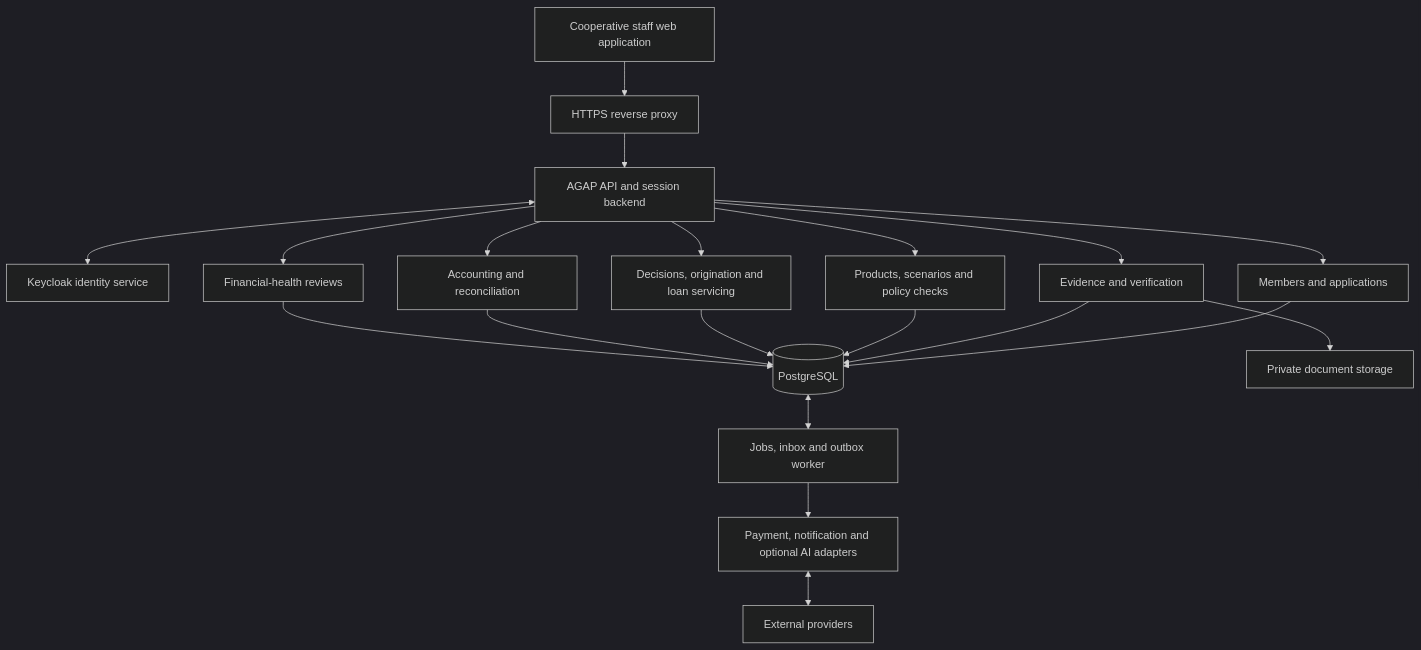
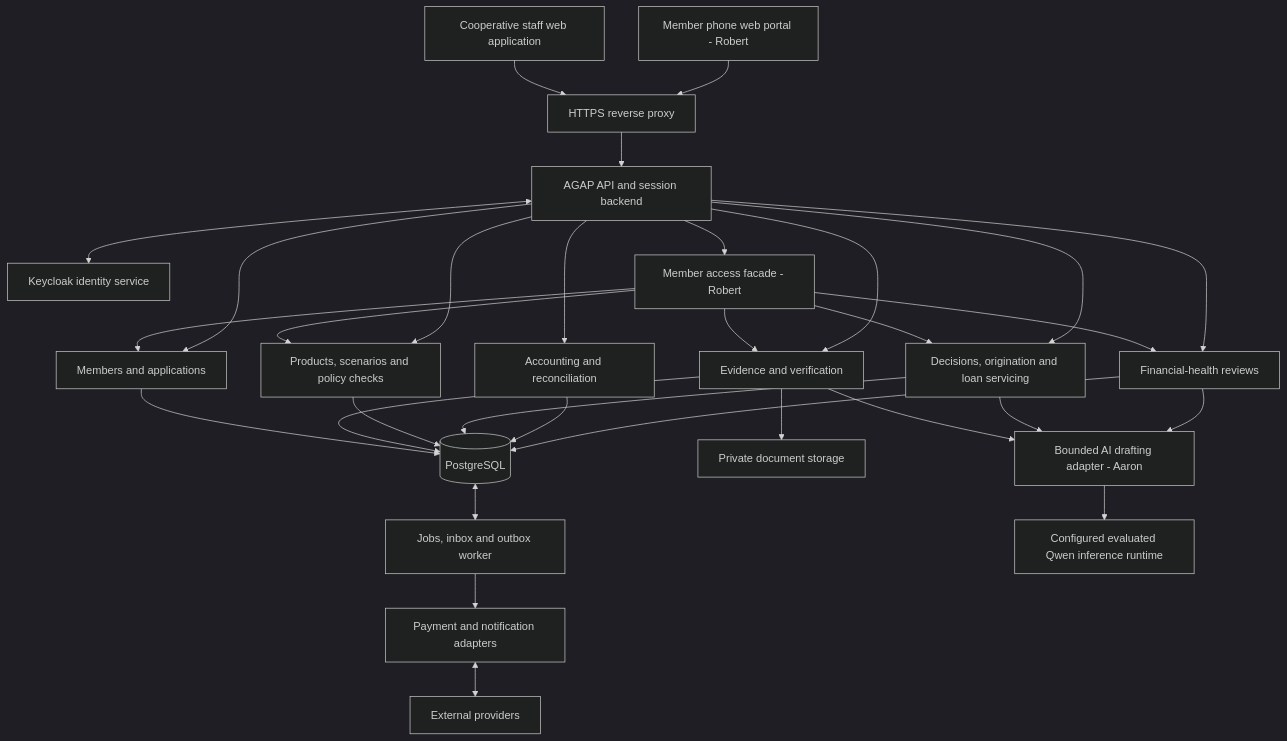
One commit to Aracena18/AGAP changed the first of 2 diagrams in docs/AGAP_Production_Architecture.md. Above: the diagram before and after it, drawn with Mermaid (dark theme). The commit also changed other lines of this file and 13 other files, not shown here.

````diff
--- a/docs/AGAP_Production_Architecture.md
+++ b/docs/AGAP_Production_Architecture.md
@@ -28,22 +32,33 @@
 ```mermaid
 flowchart TB
   Staff[Cooperative staff web application] --> Edge[HTTPS reverse proxy]
+  Phone[Member phone web portal - Robert] --> Edge
   Edge --> API[AGAP API and session backend]
   API <--> IdP[Keycloak identity service]
+  API --> Portal[Member access facade - Robert]
+  Portal --> Members
+  Portal --> Evidence
+  Portal --> Credit
+  Portal --> Loans
+  Portal --> Health
   API --> Members[Members and applications]
   API --> Evidence[Evidence and verification]
   API --> Credit[Products, scenarios and policy checks]
   API --> Loans[Decisions, origination and loan servicing]
   API --> Accounting[Accounting and reconciliation]
   API --> Health[Financial-health reviews]
   Members --> DB[(PostgreSQL)]
   Evidence --> DB
   Credit --> DB
   Loans --> DB
   Accounting --> DB
   Health --> DB
   Evidence --> Files[Private document storage]
+  Evidence --> AI[Bounded AI drafting adapter - Aaron]
+  Loans --> AI
+  Health --> AI
   DB <--> Worker[Jobs, inbox and outbox worker]
-  Worker --> Adapters[Payment, notification and optional AI adapters]
+  Worker --> Adapters[Payment and notification adapters]
   Adapters <--> External[External providers]
+  AI --> AIProvider[Configured evaluated Qwen inference runtime]
 ```
````
